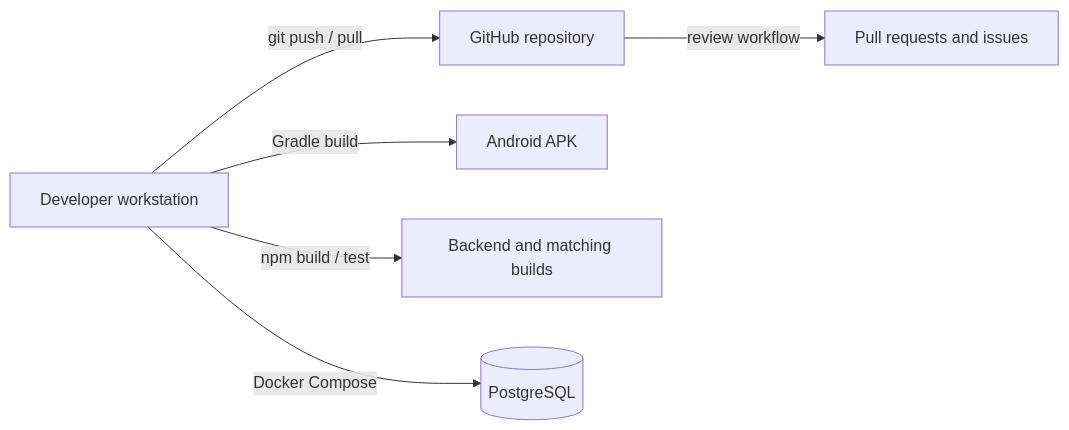
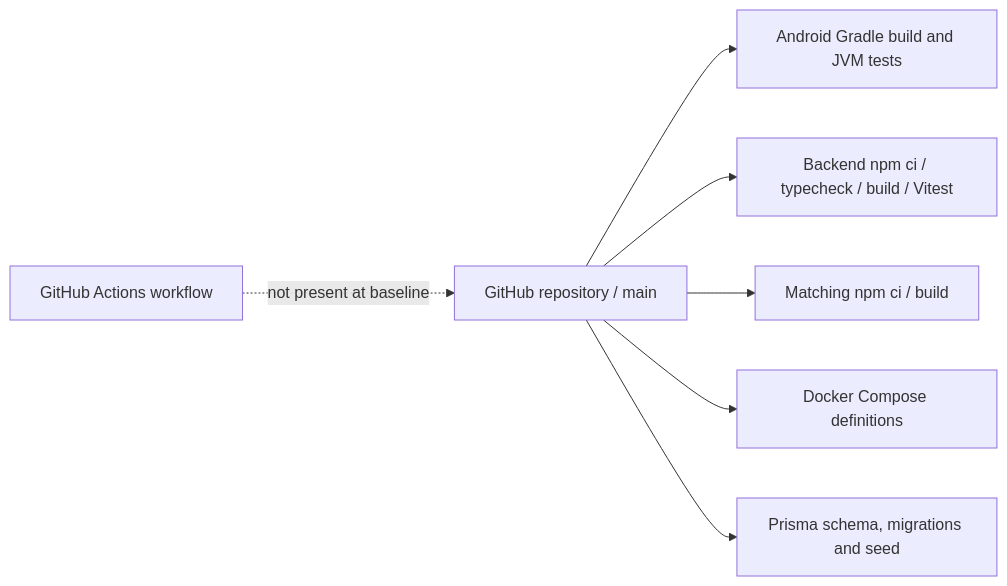
One commit to bhsei/26A changed the tenth of 14 diagrams in docs/design/SAD.md. Above: the diagram before and after it, drawn with Mermaid. The commit also changed other lines of this file, not shown here.

First line of the commit message:
W10 - SAD design v1.0; add AdoptAJob Software Architecture Document

````diff
--- a/docs/design/SAD.md
+++ b/docs/design/SAD.md
@@ -760,8 +797,9 @@
 ```mermaid
 flowchart LR
-    D[Developer workstation] -- git push / pull --> G[GitHub repository]
-    G -- review workflow --> PR[Pull requests and issues]
-    D -- Gradle build --> A[Android APK]
-    D -- npm build / test --> B[Backend and matching builds]
-    D -- Docker Compose --> P[(PostgreSQL)]
+    GH[GitHub repository / main] --> A[Android Gradle build and JVM tests]
+    GH --> B[Backend npm ci / typecheck / build / Vitest]
+    GH --> M[Matching npm ci / build]
+    GH --> D[Docker Compose definitions]
+    GH --> S[Prisma schema, migrations and seed]
+    CI[GitHub Actions workflow] -. not present at baseline .-> GH
 ```
````
